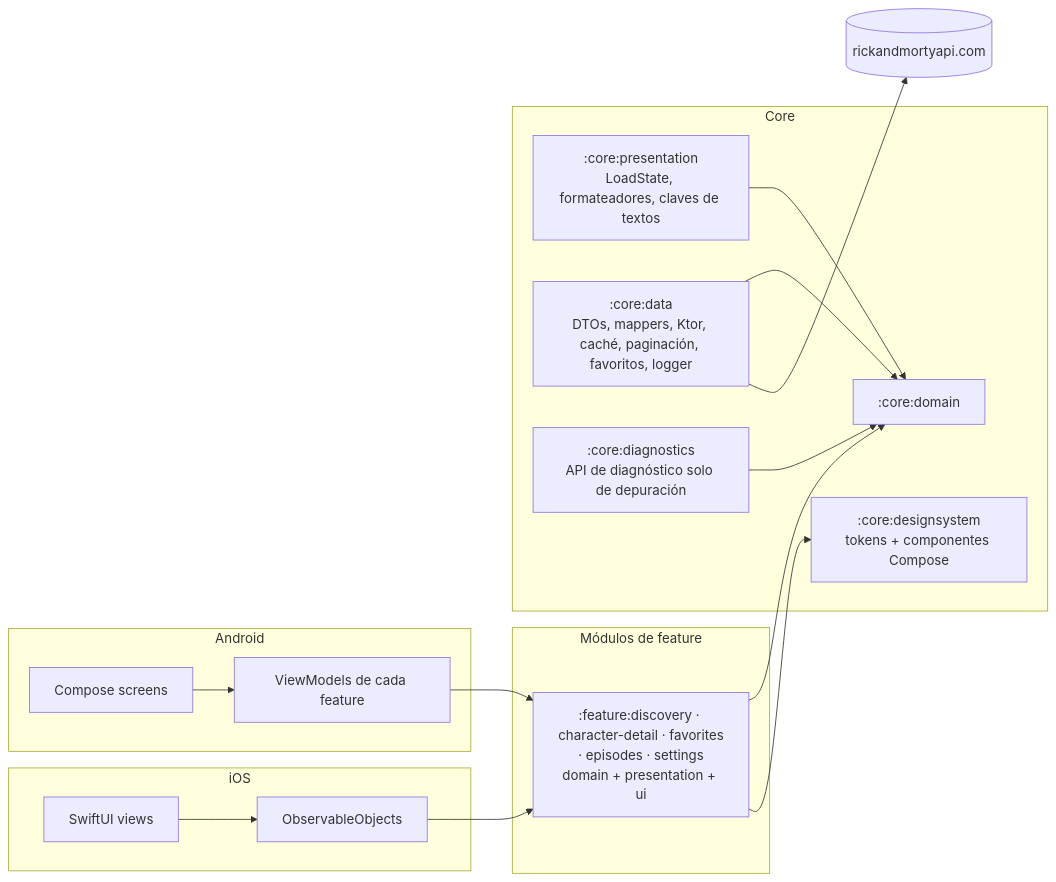
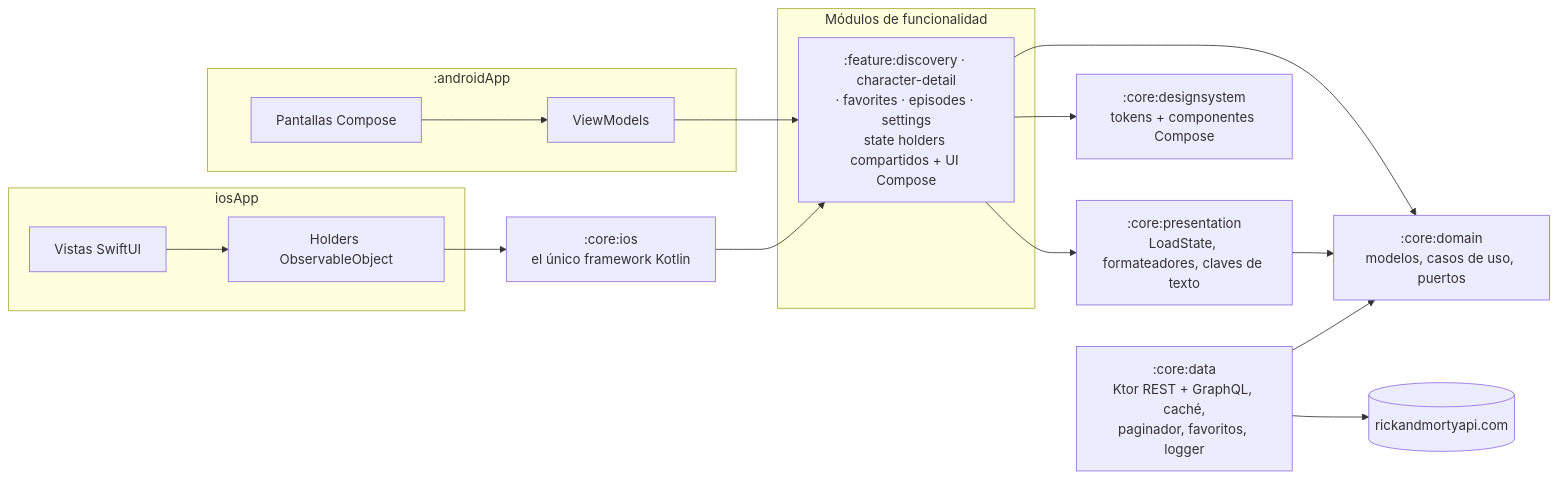
Before and after one commit to davidru85/RickAndMorty: the diagram in README.es.md, drawn with Mermaid. The commit also changed other lines of this file and 1 other file, not shown here.

````diff
--- a/README.es.md
+++ b/README.es.md
@@ -87,27 +101,21 @@
 ```mermaid
 flowchart LR
-    subgraph Android
-        AC["Compose screens"] --> AVM["ViewModels de cada feature"]
+    subgraph Android[":androidApp"]
+        AC["Pantallas Compose"] --> AVM["ViewModels"]
     end
-    subgraph iOS
-        IV["SwiftUI views"] --> IO["ObservableObjects"]
+    subgraph iOS["iosApp"]
+        IV["Vistas SwiftUI"] --> IO["Holders ObservableObject"]
     end
+    IO --> CIOS[":core:ios<br/>el único framework Kotlin"]
     AVM --> FEAT
-    IO --> FEAT
-    subgraph "Módulos de feature"
-        FEAT[":feature:discovery · character-detail · favorites<br/>· episodes · settings<br/>domain + presentation + ui"]
+    CIOS --> FEAT
+    subgraph Features["Módulos de funcionalidad"]
+        FEAT[":feature:discovery · character-detail<br/>· favorites · episodes · settings<br/>state holders compartidos + UI Compose"]
     end
-    FEAT --> CORE
-    subgraph Core
-        CORE[":core:domain"] 
-        CP[":core:presentation<br/>LoadState, formateadores, claves de textos"]
-        CDA[":core:data<br/>DTOs, mappers, Ktor, caché, paginación, favoritos, logger"]
-        CDS[":core:designsystem<br/>tokens + componentes Compose"]
-        CDG[":core:diagnostics<br/>API de diagnóstico solo de depuración"]
-    end
-    CDA --> CORE
-    CP --> CORE
-    CDG --> CORE
-    FEAT --> CDS
+    FEAT --> CP[":core:presentation<br/>LoadState, formateadores, claves de texto"]
+    FEAT --> CD[":core:domain<br/>modelos, casos de uso, puertos"]
+    FEAT --> CDS[":core:designsystem<br/>tokens + componentes Compose"]
+    CP --> CD
+    CDA[":core:data<br/>Ktor REST + GraphQL, caché,<br/>paginador, favoritos, logger"] --> CD
     CDA --> API[("rickandmortyapi.com")]
 ```
````
